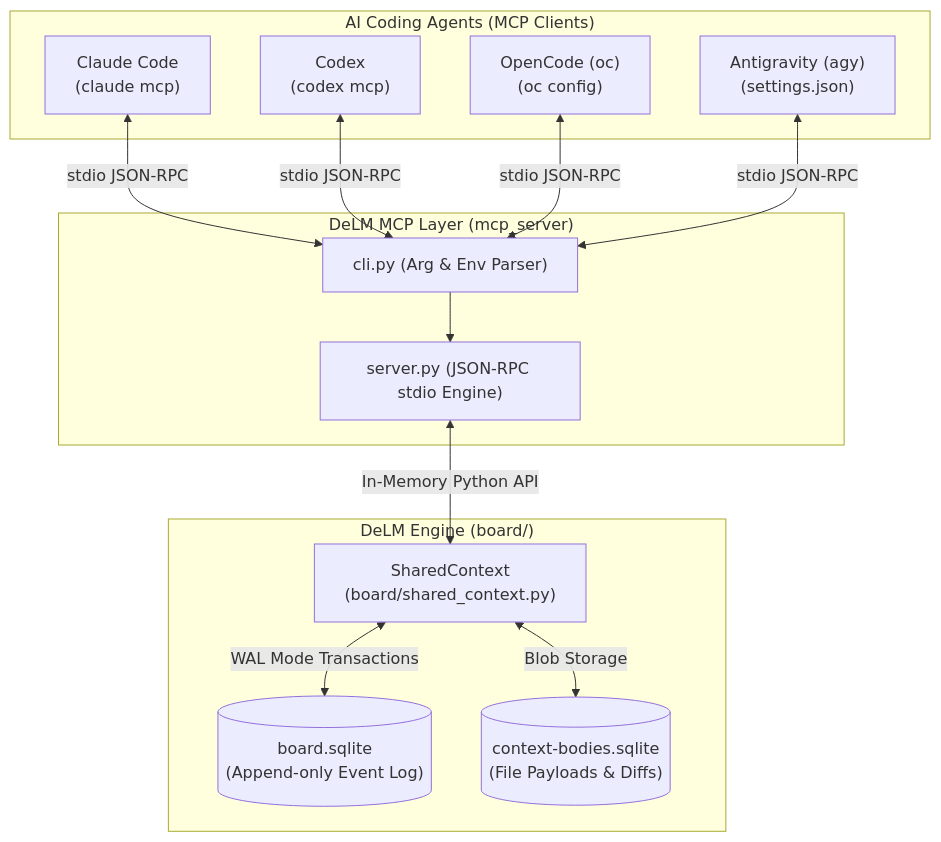
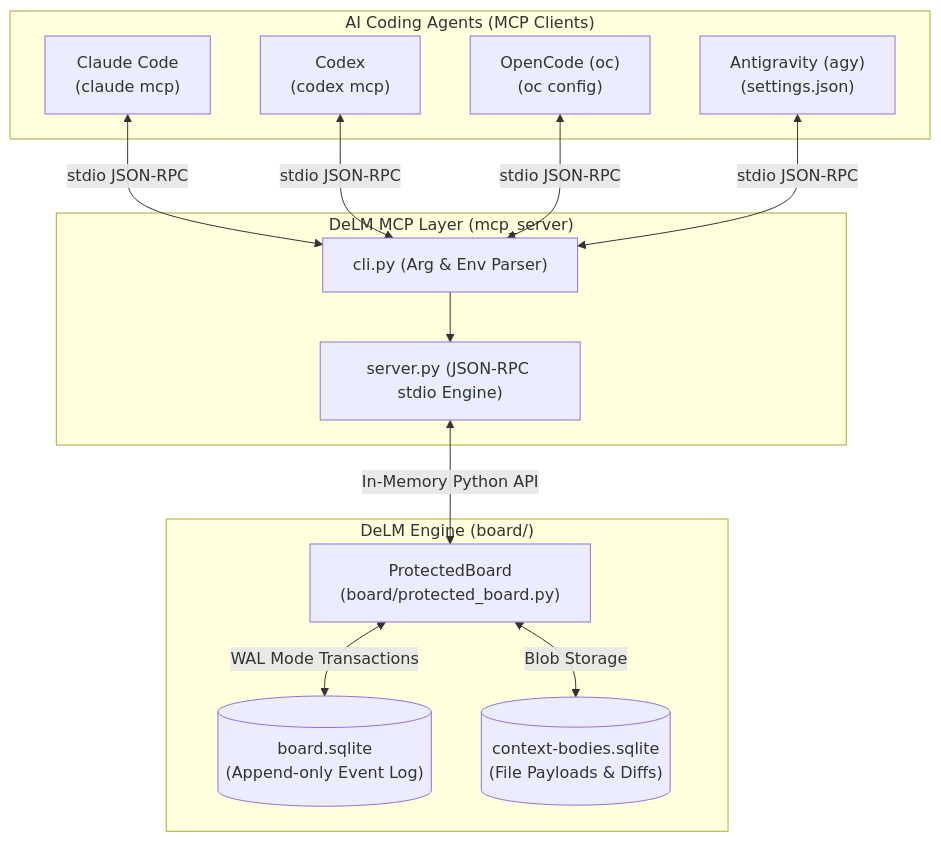
One commit to rafifmalikdzaki/DeLM changed the first of 2 diagrams in docs/MCP_ARCHITECTURE.md. Above: the diagram before and after it, drawn with Mermaid. The commit also changed other lines of this file and 10 other files, not shown here.

````diff
--- a/docs/MCP_ARCHITECTURE.md
+++ b/docs/MCP_ARCHITECTURE.md
@@ -16,30 +16,30 @@
 ```mermaid
 flowchart TD
     subgraph Clients ["AI Coding Agents (MCP Clients)"]
         C1["Claude Code<br/>(claude mcp)"]
         C2["Codex<br/>(codex mcp)"]
         C3["OpenCode (oc)<br/>(oc config)"]
         C4["Antigravity (agy)<br/>(settings.json)"]
     end
 
     subgraph Protocol ["DeLM MCP Layer (mcp_server)"]
         CLI["cli.py (Arg & Env Parser)"]
         SRV["server.py (JSON-RPC stdio Engine)"]
     end
 
     subgraph Core ["DeLM Engine (board/)"]
-        SC["SharedContext<br/>(board/shared_context.py)"]
+        SC["ProtectedBoard<br/>(board/protected_board.py)"]
         DB1[("board.sqlite<br/>(Append-only Event Log)")]
         DB2[("context-bodies.sqlite<br/>(File Payloads & Diffs)")]
     end
 
     C1 <-->|stdio JSON-RPC| CLI
     C2 <-->|stdio JSON-RPC| CLI
     C3 <-->|stdio JSON-RPC| CLI
     C4 <-->|stdio JSON-RPC| CLI
 
     CLI --> SRV
     SRV <-->|In-Memory Python API| SC
     SC <-->|WAL Mode Transactions| DB1
     SC <-->|Blob Storage| DB2
 ```
````
